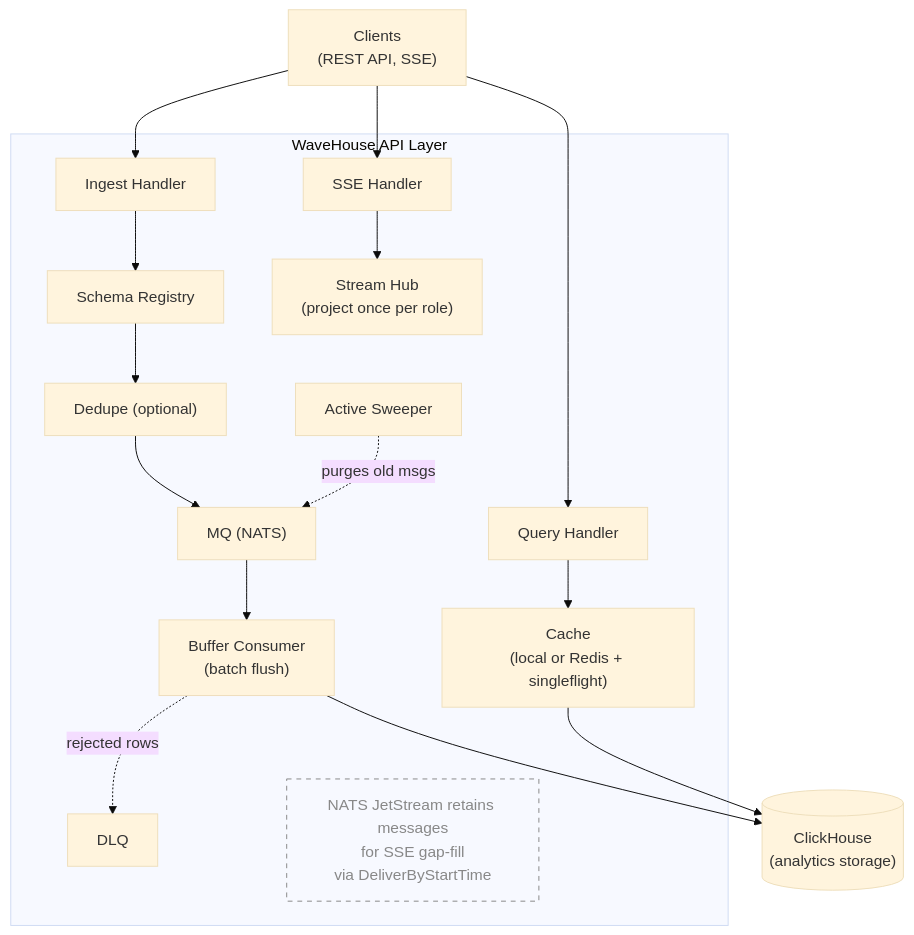
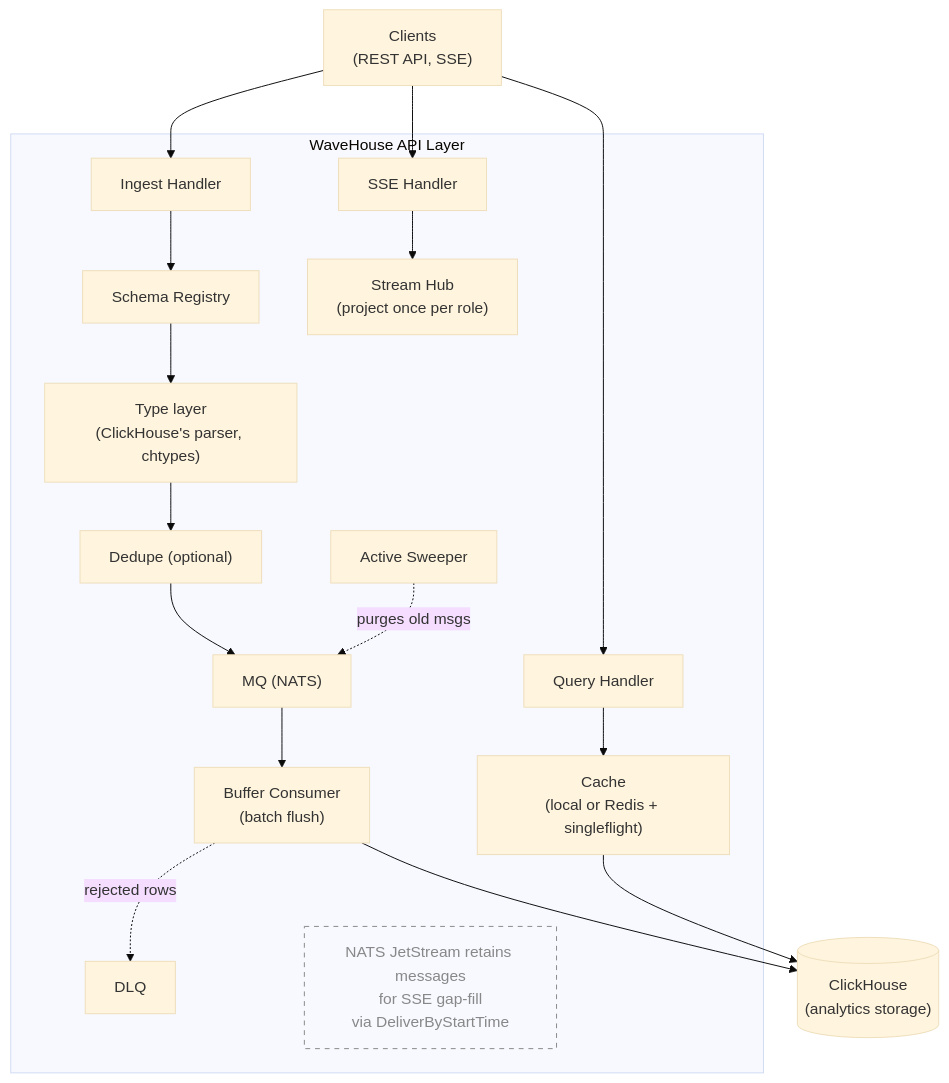
One commit to Wave-RF/WaveHouse changed the diagram in docs/src/content/docs/architecture.md. Above: the diagram before and after it, drawn with Mermaid (base theme). The commit also changed other lines of this file and 20 other files, not shown here.

````diff
--- a/docs/src/content/docs/architecture.md
+++ b/docs/src/content/docs/architecture.md
@@ -16,29 +16,30 @@
 ```mermaid
 flowchart TD
     Clients["Clients<br/>(REST API, SSE)"]:::client
 
     Clients --> IH
     Clients --> QH
     Clients --> SSH
 
     subgraph api["WaveHouse API Layer"]
         IH["Ingest Handler"] --> SR["Schema Registry"]
-        SR --> DD["Dedupe (optional)"]
+        SR --> TL["Type layer<br/>(ClickHouse's parser, chtypes)"]
+        TL --> DD["Dedupe (optional)"]
         DD --> MQ["MQ (NATS)"]
         MQ --> BC["Buffer Consumer<br/>(batch flush)"]
         BC -.->|rejected rows| DLQ["DLQ"]:::fail
 
         QH["Query Handler"] --> Cache["Cache<br/>(local or Redis + singleflight)"]
 
         SSH["SSE Handler"] --> Hub["Stream Hub<br/>(project once per role)"]
 
         SW["Active Sweeper"] -.->|purges old msgs| MQ
 
         NATS["NATS JetStream retains messages<br/>for SSE gap-fill<br/>via DeliverByStartTime"]
     end
 
     BC --> CH[("ClickHouse<br/>(analytics storage)")]:::store
     Cache --> CH
 
     style NATS fill:none,stroke-dasharray:5 5,stroke:#888,color:#888
 ```
````
